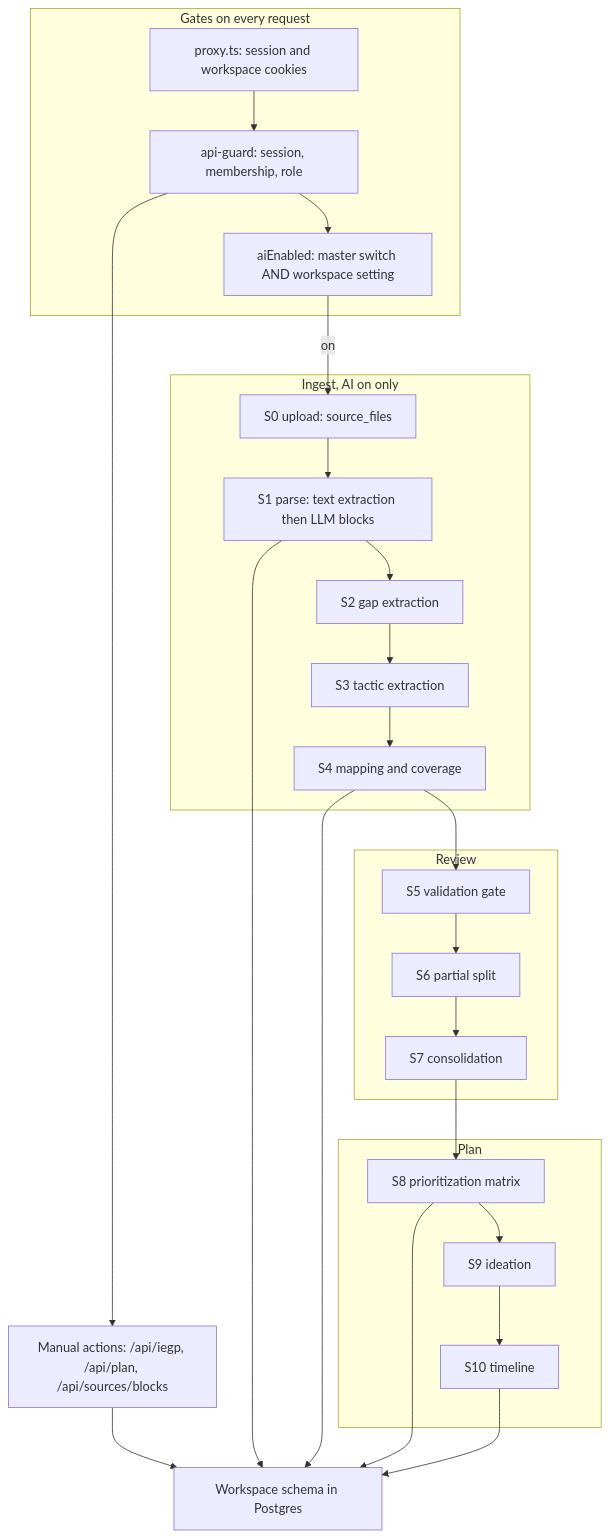
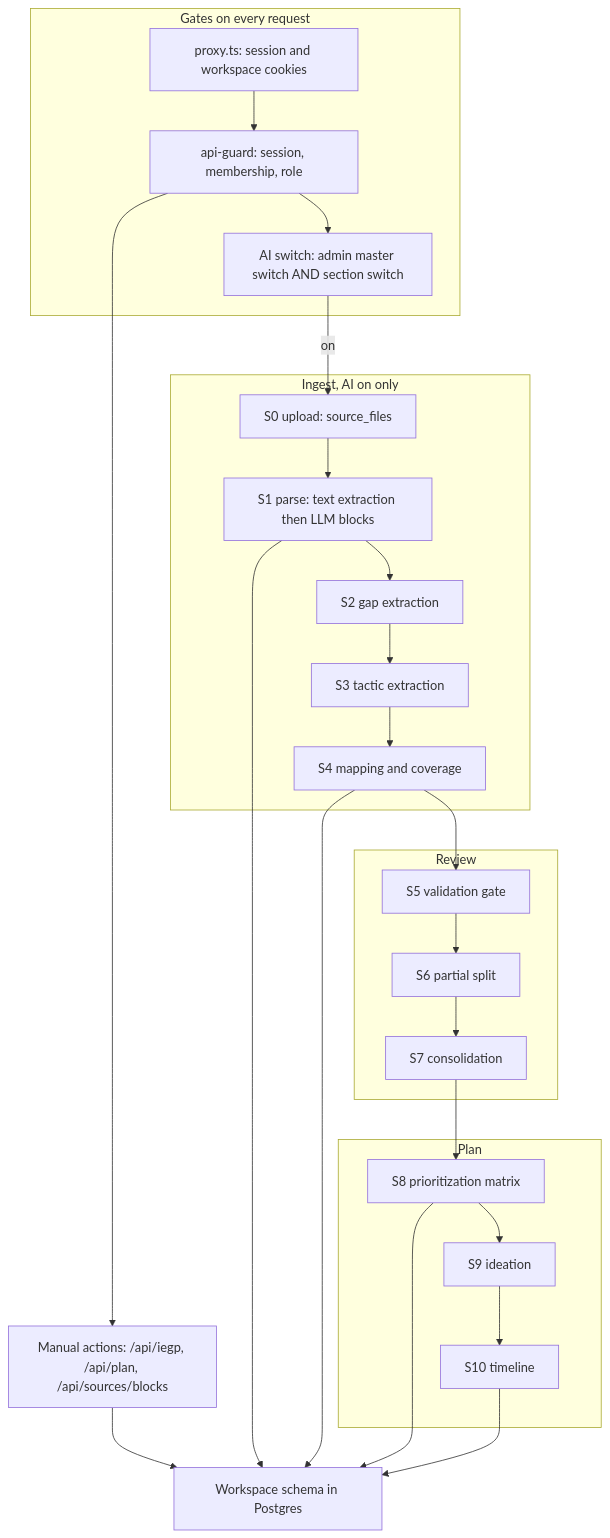
The first of 2 diagrams in docs/sdlc/10-flow-technical.md (Shashb21/synapse), drawn with Mermaid before and after one commit. The commit also changed other lines of this file and 8 other files, not shown here.

````diff
--- a/docs/sdlc/10-flow-technical.md
+++ b/docs/sdlc/10-flow-technical.md
@@ -7,42 +7,42 @@
 ```mermaid
 flowchart TB
   subgraph gate["Gates on every request"]
     proxy["proxy.ts: session and workspace cookies"]
     guard["api-guard: session, membership, role"]
-    aisw["aiEnabled: master switch AND workspace setting"]
+    aisw["AI switch: admin master switch AND section switch"]
   end
 
   subgraph ingest["Ingest, AI on only"]
     s0["S0 upload: source_files"]
     s1["S1 parse: text extraction then LLM blocks"]
     s2["S2 gap extraction"]
     s3["S3 tactic extraction"]
     s4["S4 mapping and coverage"]
   end
 
   subgraph review["Review"]
     s5["S5 validation gate"]
     s6["S6 partial split"]
     s7["S7 consolidation"]
   end
 
   subgraph plan["Plan"]
     s8["S8 prioritization matrix"]
     s9["S9 ideation"]
     s10["S10 timeline"]
   end
 
   manual["Manual actions: /api/iegp, /api/plan, /api/sources/blocks"]
   store["Workspace schema in Postgres"]
 
   proxy --> guard --> aisw
   aisw -->|on| s0
   s0 --> s1 --> s2 --> s3 --> s4 --> s5
   s5 --> s6 --> s7 --> s8 --> s9 --> s10
   guard --> manual
   manual --> store
   s1 --> store
   s4 --> store
   s8 --> store
   s10 --> store
 ```
````
